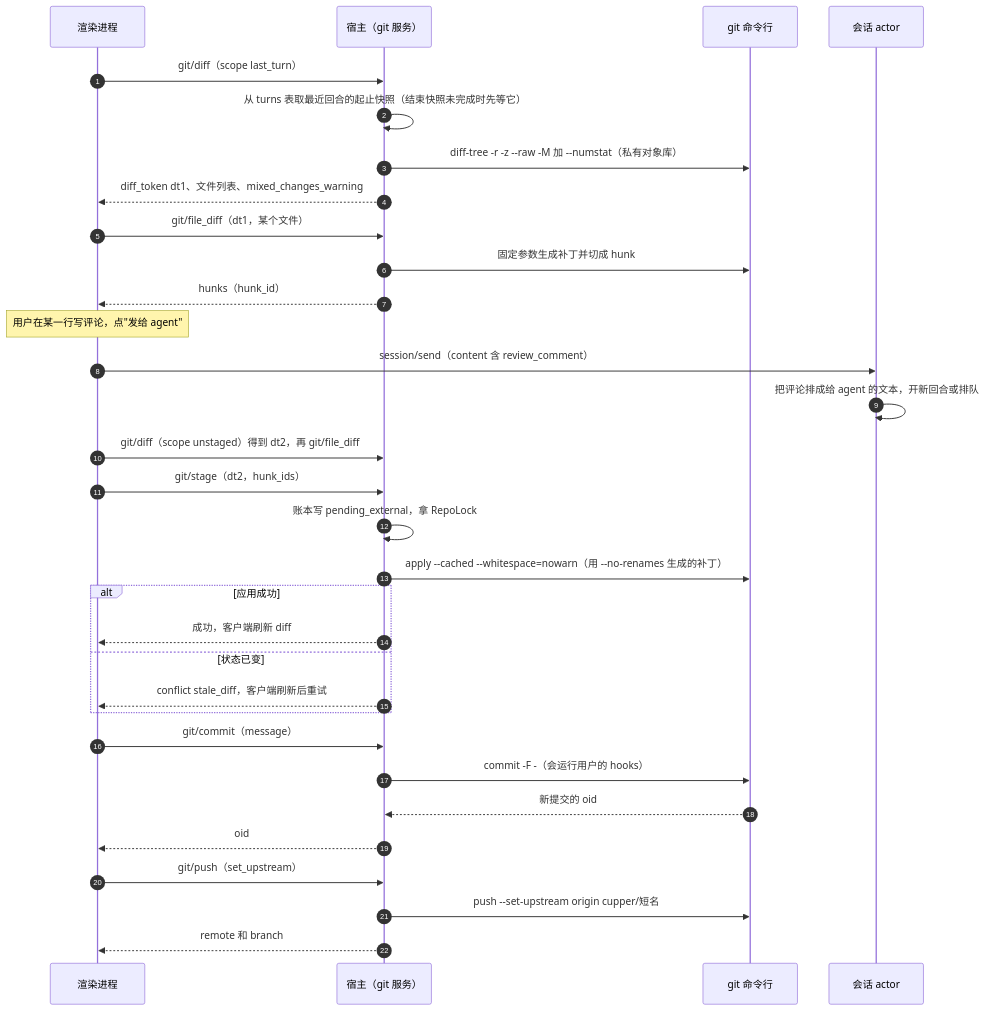
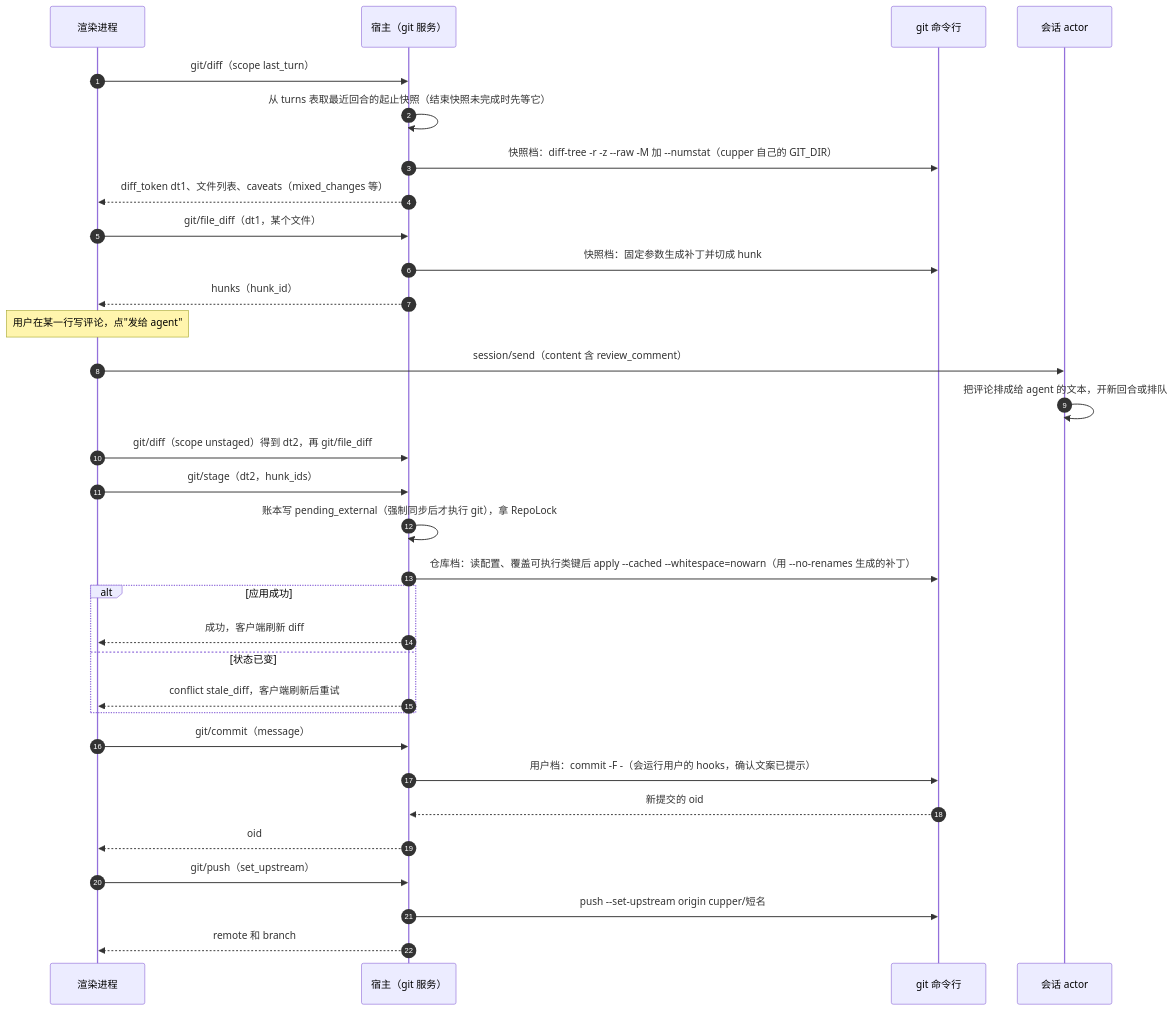
One commit to boris-w/cupper changed the ninth of 11 diagrams in docs/design/05-flows.md. Above: the diagram before and after it, drawn with Mermaid. The commit also changed 4 other files, not shown here.

````diff
--- a/docs/design/05-flows.md
+++ b/docs/design/05-flows.md
@@ -326,34 +326,34 @@
 ```mermaid
 sequenceDiagram
   autonumber
   participant R as 渲染进程
   participant H as 宿主（git 服务）
   participant GIT as git 命令行
   participant S as 会话 actor
   R->>H: git/diff（scope last_turn）
   H->>H: 从 turns 表取最近回合的起止快照（结束快照未完成时先等它）
-  H->>GIT: diff-tree -r -z --raw -M 加 --numstat（私有对象库）
-  H-->>R: diff_token dt1、文件列表、mixed_changes_warning
+  H->>GIT: 快照档：diff-tree -r -z --raw -M 加 --numstat（cupper 自己的 GIT_DIR）
+  H-->>R: diff_token dt1、文件列表、caveats（mixed_changes 等）
   R->>H: git/file_diff（dt1，某个文件）
-  H->>GIT: 固定参数生成补丁并切成 hunk
+  H->>GIT: 快照档：固定参数生成补丁并切成 hunk
   H-->>R: hunks（hunk_id）
   Note over R: 用户在某一行写评论，点"发给 agent"
   R->>S: session/send（content 含 review_comment）
   S->>S: 把评论排成给 agent 的文本，开新回合或排队
   R->>H: git/diff（scope unstaged）得到 dt2，再 git/file_diff
   R->>H: git/stage（dt2，hunk_ids）
-  H->>H: 账本写 pending_external，拿 RepoLock
-  H->>GIT: apply --cached --whitespace=nowarn（用 --no-renames 生成的补丁）
+  H->>H: 账本写 pending_external（强制同步后才执行 git），拿 RepoLock
+  H->>GIT: 仓库档：读配置、覆盖可执行类键后 apply --cached --whitespace=nowarn（用 --no-renames 生成的补丁）
   alt 应用成功
     H-->>R: 成功，客户端刷新 diff
   else 状态已变
     H-->>R: conflict stale_diff，客户端刷新后重试
   end
   R->>H: git/commit（message）
-  H->>GIT: commit -F -（会运行用户的 hooks）
+  H->>GIT: 用户档：commit -F -（会运行用户的 hooks，确认文案已提示）
   GIT-->>H: 新提交的 oid
   H-->>R: oid
   R->>H: git/push（set_upstream）
   H->>GIT: push --set-upstream origin cupper/短名
   H-->>R: remote 和 branch
 ```
````
